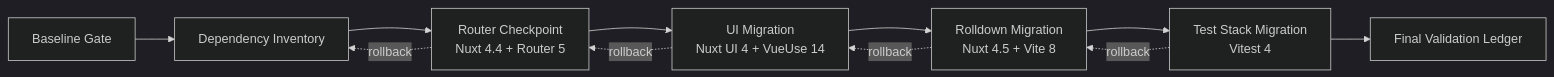
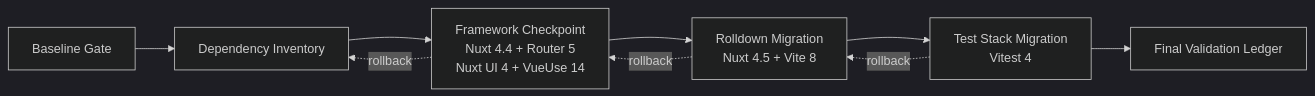
Before and after one commit to Saluana/or3-chat: the diagram in planning/nuxt-vue-vite-upgrade/design.md, drawn with Mermaid (dark theme). The commit also changed other lines of this file and 16 other files, not shown here.

Commit message:
[Update] Upgrade Nuxt UI framework stack

````diff
--- a/planning/nuxt-vue-vite-upgrade/design.md
+++ b/planning/nuxt-vue-vite-upgrade/design.md
@@ -11,13 +11,11 @@
 ```mermaid
 flowchart LR
     A[Baseline Gate] --> B[Dependency Inventory]
-    B --> C[Router Checkpoint<br/>Nuxt 4.4 + Router 5]
-    C --> D[UI Migration<br/>Nuxt UI 4 + VueUse 14]
-    D --> E[Rolldown Migration<br/>Nuxt 4.5 + Vite 8]
+    B --> C[Framework Checkpoint<br/>Nuxt 4.4 + Router 5<br/>Nuxt UI 4 + VueUse 14]
+    C --> E[Rolldown Migration<br/>Nuxt 4.5 + Vite 8]
     E --> F[Test Stack Migration<br/>Vitest 4]
     F --> G[Final Validation Ledger]
     C -. rollback .-> B
-    D -. rollback .-> C
-    E -. rollback .-> D
+    E -. rollback .-> C
     F -. rollback .-> E
 ```
````
